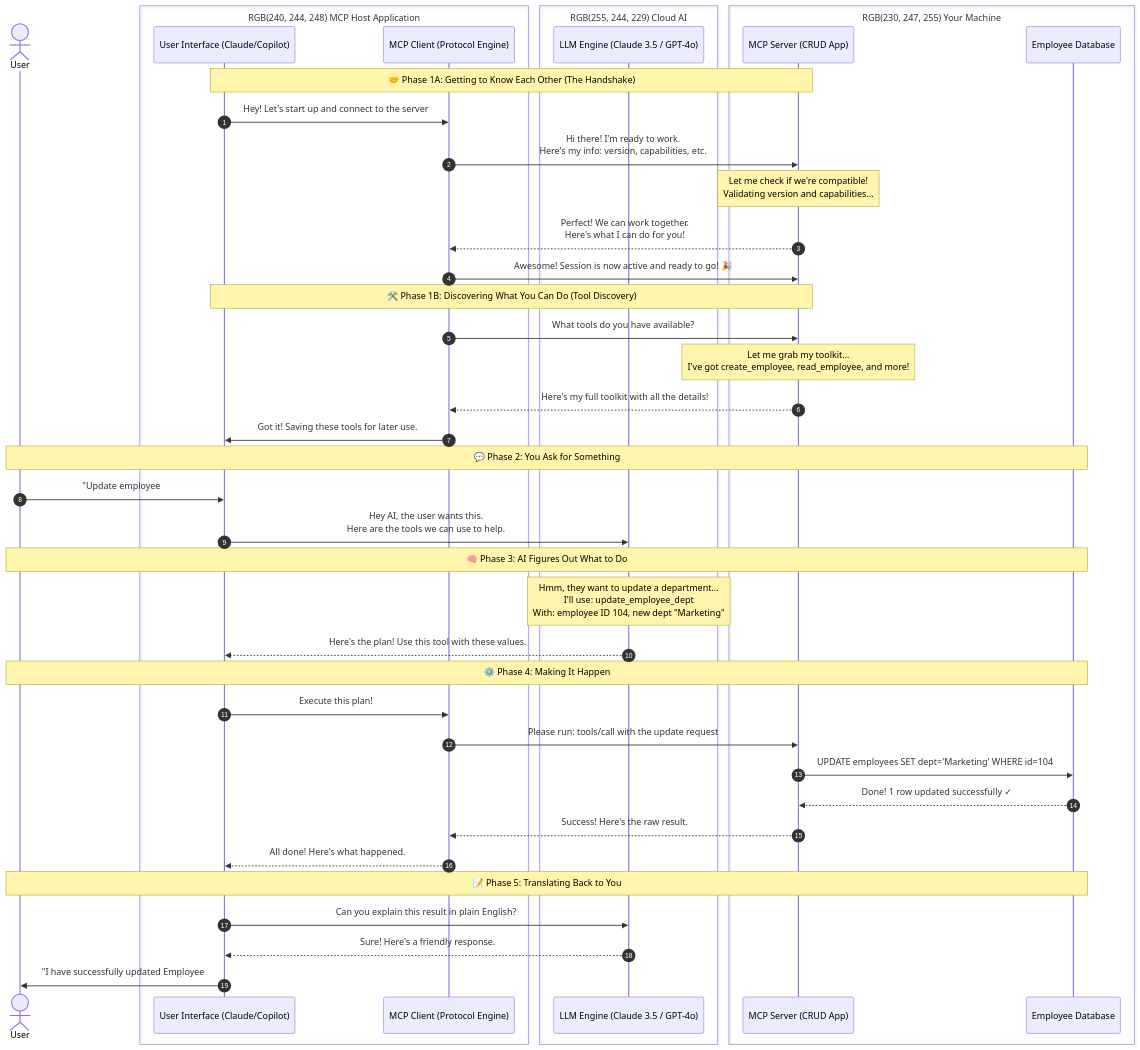
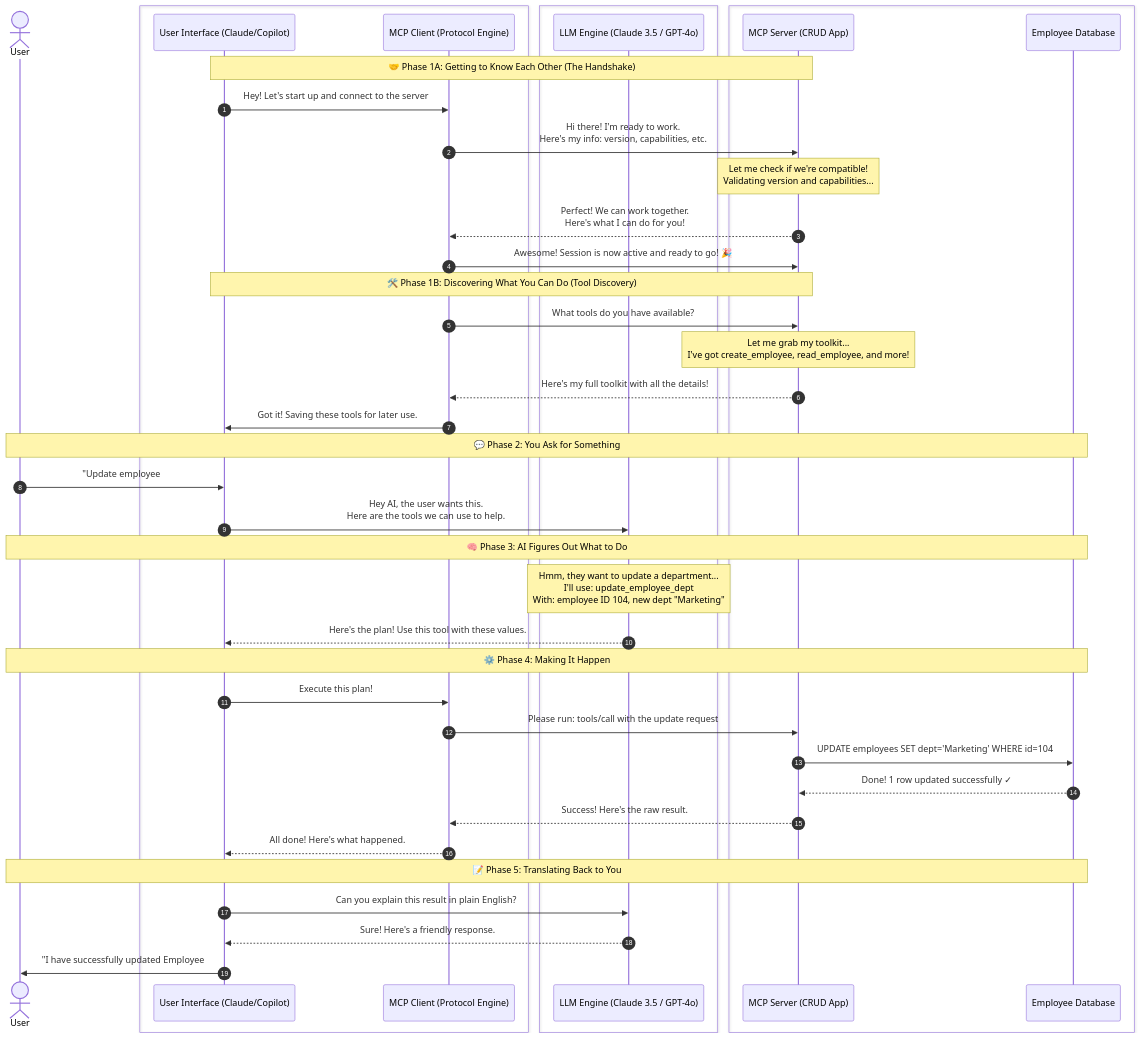
The diagram in ReadMe.md (MakarandBhoir/mcp), drawn with Mermaid before and after one commit.

Commit message:
Fix color formatting in sequence diagram boxes in ReadMe.md

````diff
--- a/ReadMe.md
+++ b/ReadMe.md
@@ -1,50 +1,50 @@
 ```mermaid
 sequenceDiagram
     autonumber
     actor User
-    box RGB(240, 244, 248) MCP Host Application
+    box #F0F4F8 MCP Host Application
         participant UI as User Interface (Claude/Copilot)
         participant Client as MCP Client (Protocol Engine)
     end
-    box RGB(255, 244, 229) Cloud AI
+    box #FFF4E5 Cloud AI
         participant LLM as LLM Engine (Claude 3.5 / GPT-4o)
     end
-    box RGB(230, 247, 255) Your Machine
+    box #E6F7FF Your Machine
         participant Server as MCP Server (CRUD App)
         participant DB as Employee Database
     end
 
     Note over UI, Server: 🤝 Phase 1A: Getting to Know Each Other (The Handshake)
     UI->>Client: Hey! Let's start up and connect to the server
     Client->>Server: Hi there! I'm ready to work.<br/>Here's my info: version, capabilities, etc.
     Note over Server: Let me check if we're compatible!<br/>Validating version and capabilities...
     Server-->>Client: Perfect! We can work together.<br/>Here's what I can do for you!
     Client->>Server: Awesome! Session is now active and ready to go! 🎉
 
     Note over UI, Server: 🛠️ Phase 1B: Discovering What You Can Do (Tool Discovery)
     Client->>Server: What tools do you have available?
     Note over Server: Let me grab my toolkit...<br/>I've got create_employee, read_employee, and more!
     Server-->>Client: Here's my full toolkit with all the details!
     Client->>UI: Got it! Saving these tools for later use.
 
     Note over User, DB: 💬 Phase 2: You Ask for Something
     User->>UI: "Update employee #104's department to Marketing."
     UI->>LLM: Hey AI, the user wants this.<br/>Here are the tools we can use to help.
 
     Note over User, DB: 🧠 Phase 3: AI Figures Out What to Do
     Note over LLM: Hmm, they want to update a department...<br/>I'll use: update_employee_dept<br/>With: employee ID 104, new dept "Marketing"
     LLM-->>UI: Here's the plan! Use this tool with these values.
 
     Note over User, DB: ⚙️ Phase 4: Making It Happen
     UI->>Client: Execute this plan!
     Client->>Server: Please run: tools/call with the update request
     Server->>DB: UPDATE employees SET dept='Marketing' WHERE id=104
     DB-->>Server: Done! 1 row updated successfully ✓
     Server-->>Client: Success! Here's the raw result.
     Client-->>UI: All done! Here's what happened.
 
     Note over User, DB: 📝 Phase 5: Translating Back to You
     UI->>LLM: Can you explain this result in plain English?
     LLM-->>UI: Sure! Here's a friendly response.
     UI->>User: "I have successfully updated Employee #104 to the Marketing department." ✨
 ```
````
